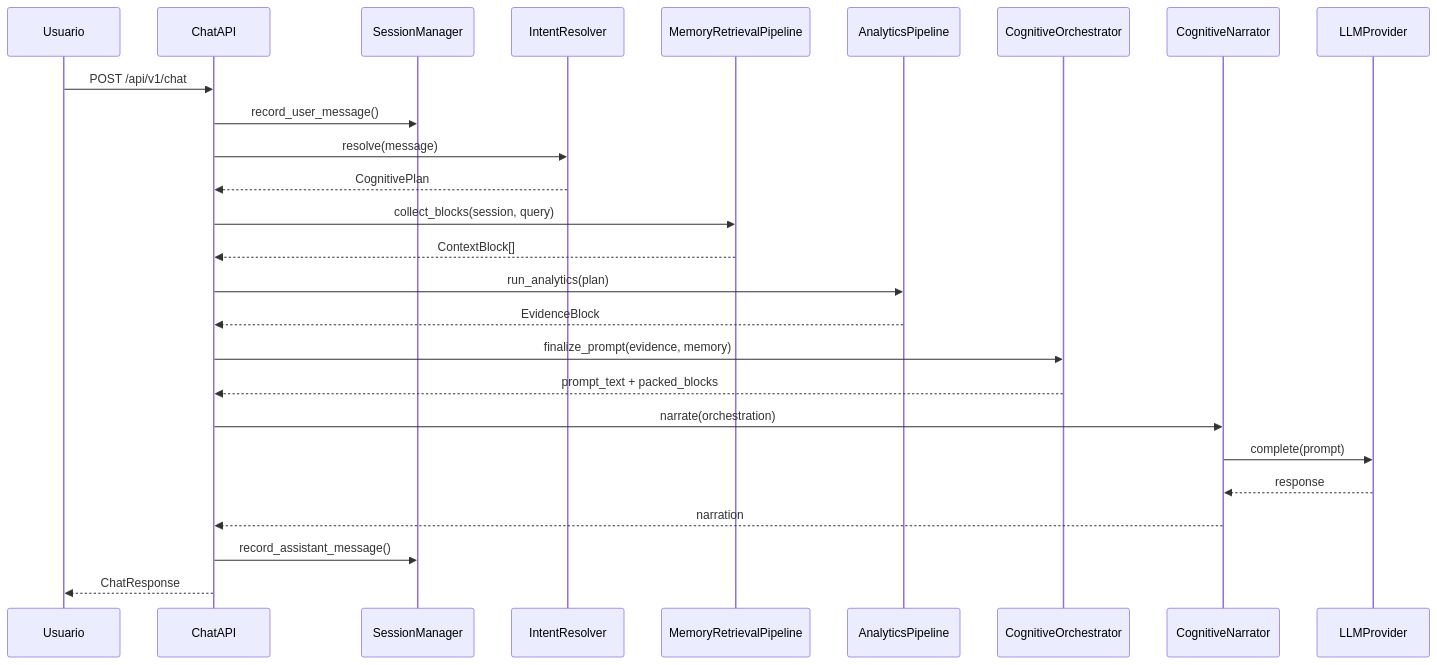
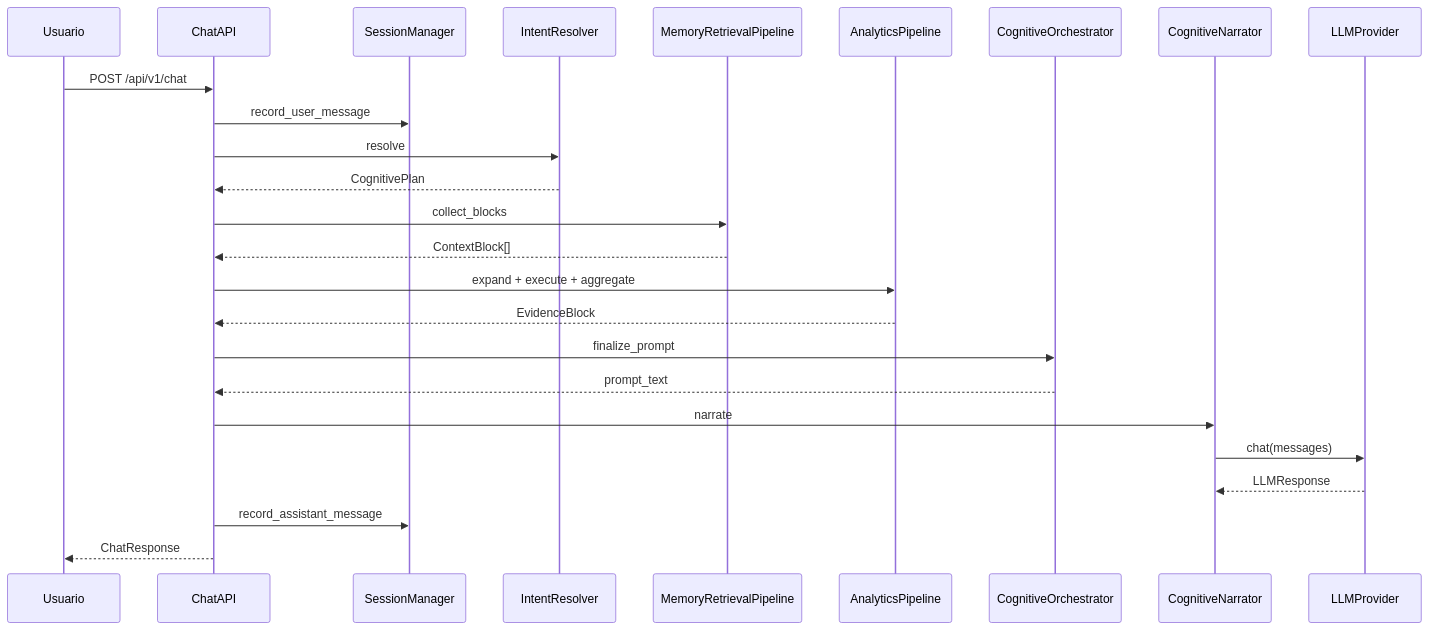
Before and after one commit to cristianosantana/jupter_notebook: the second of 12 diagrams in orion_mcp_v3/docs/architecture/ANALISE_ARQUITETURAL_SENIOR.md, drawn with Mermaid. The commit also changed other lines of this file and 3 other files, not shown here.

````diff
--- a/orion_mcp_v3/docs/architecture/ANALISE_ARQUITETURAL_SENIOR.md
+++ b/orion_mcp_v3/docs/architecture/ANALISE_ARQUITETURAL_SENIOR.md
@@ -427,29 +215,28 @@
 ```mermaid
 sequenceDiagram
     participant U as Usuario
     participant API as ChatAPI
     participant SM as SessionManager
     participant IR as IntentResolver
     participant MEM as MemoryRetrievalPipeline
     participant ANA as AnalyticsPipeline
     participant ORCH as CognitiveOrchestrator
     participant NAR as CognitiveNarrator
     participant LLM as LLMProvider
 
     U->>API: POST /api/v1/chat
-    API->>SM: record_user_message()
-    API->>IR: resolve(message)
+    API->>SM: record_user_message
+    API->>IR: resolve
     IR-->>API: CognitivePlan
-    API->>MEM: collect_blocks(session, query)
+    API->>MEM: collect_blocks
     MEM-->>API: ContextBlock[]
-    API->>ANA: run_analytics(plan)
+    API->>ANA: expand + execute + aggregate
     ANA-->>API: EvidenceBlock
-    API->>ORCH: finalize_prompt(evidence, memory)
-    ORCH-->>API: prompt_text + packed_blocks
-    API->>NAR: narrate(orchestration)
-    NAR->>LLM: complete(prompt)
-    LLM-->>NAR: response
-    NAR-->>API: narration
-    API->>SM: record_assistant_message()
+    API->>ORCH: finalize_prompt
+    ORCH-->>API: prompt_text
+    API->>NAR: narrate
+    NAR->>LLM: chat(messages)
+    LLM-->>NAR: LLMResponse
+    API->>SM: record_assistant_message
     API-->>U: ChatResponse
 ```
````
